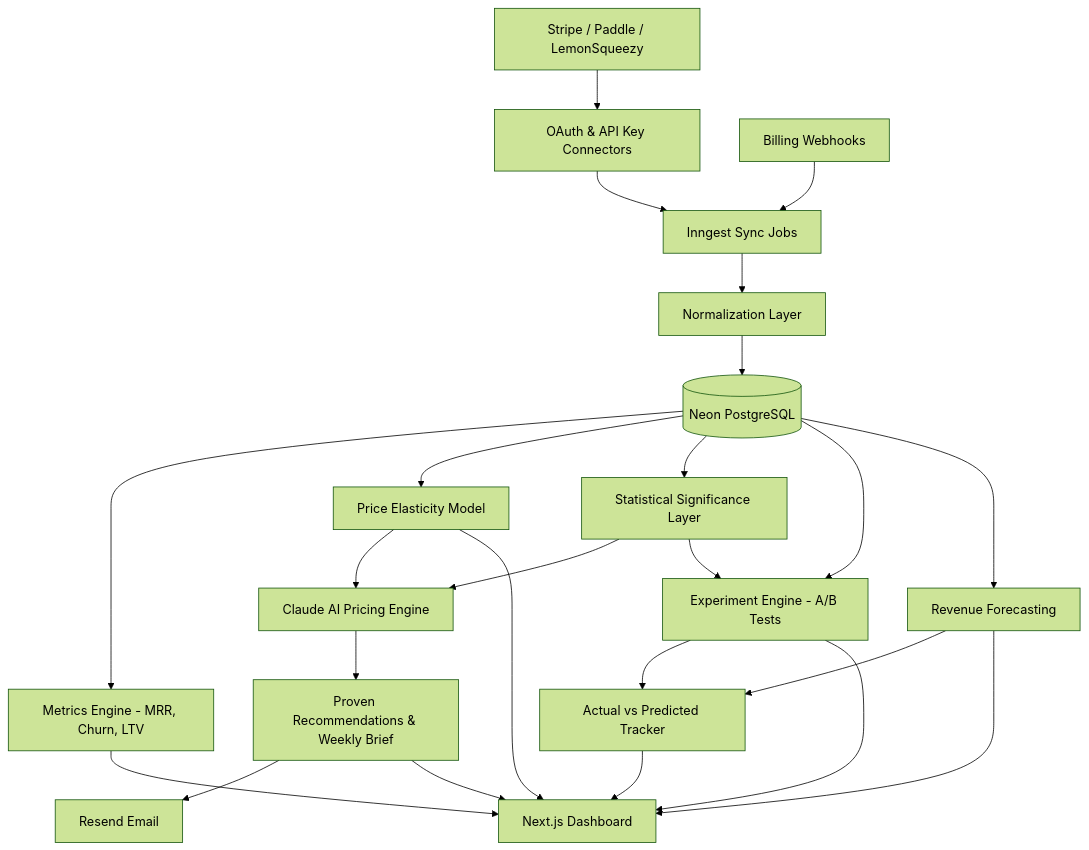
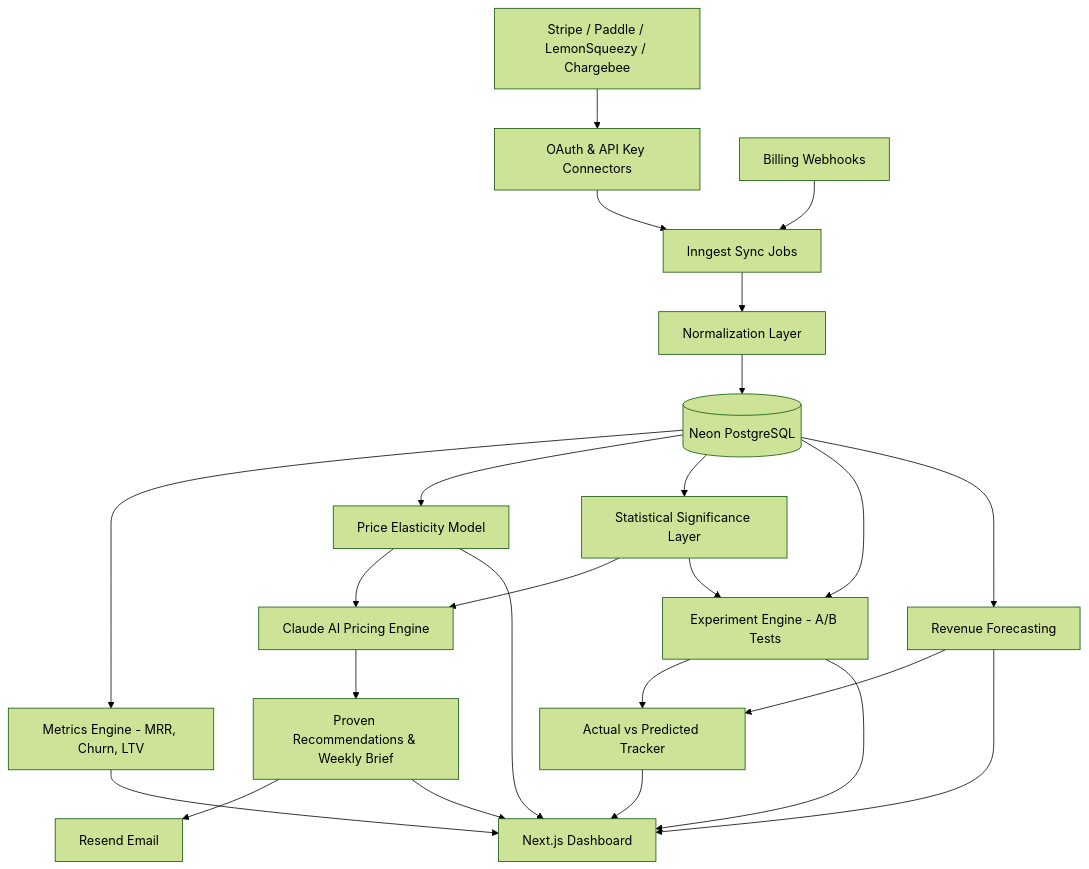
One commit to merickarpat/merickarpat changed the second of 2 diagrams in README.md. Above: the diagram before and after it, drawn with Mermaid (forest theme). The commit also changed other lines of this file, not shown here.

First line of the commit message:
Add Chargebee to RevTune billing integrations

````diff
--- a/README.md
+++ b/README.md
@@ -110,31 +110,31 @@
 ```mermaid
 flowchart TB
-  stripe[Stripe / Paddle / LemonSqueezy] --> connect[OAuth & API Key Connectors]
+  stripe[Stripe / Paddle / LemonSqueezy / Chargebee] --> connect[OAuth & API Key Connectors]
   connect --> sync[Inngest Sync Jobs]
   webhooks[Billing Webhooks] --> sync
 
   sync --> normalize[Normalization Layer]
   normalize --> db[(Neon PostgreSQL)]
 
   db --> metrics[Metrics Engine - MRR, Churn, LTV]
   db --> elasticity[Price Elasticity Model]
   db --> stats[Statistical Significance Layer]
 
   elasticity --> ai[Claude AI Pricing Engine]
   stats --> ai
   ai --> insights[Proven Recommendations & Weekly Brief]
 
   db --> experiments[Experiment Engine - A/B Tests]
   stats --> experiments
   db --> forecast[Revenue Forecasting]
   experiments --> impact[Actual vs Predicted Tracker]
   forecast --> impact
 
   insights --> resend[Resend Email]
   metrics --> dashboard[Next.js Dashboard]
   insights --> dashboard
   experiments --> dashboard
   forecast --> dashboard
   impact --> dashboard
   elasticity --> dashboard
 ```
````
